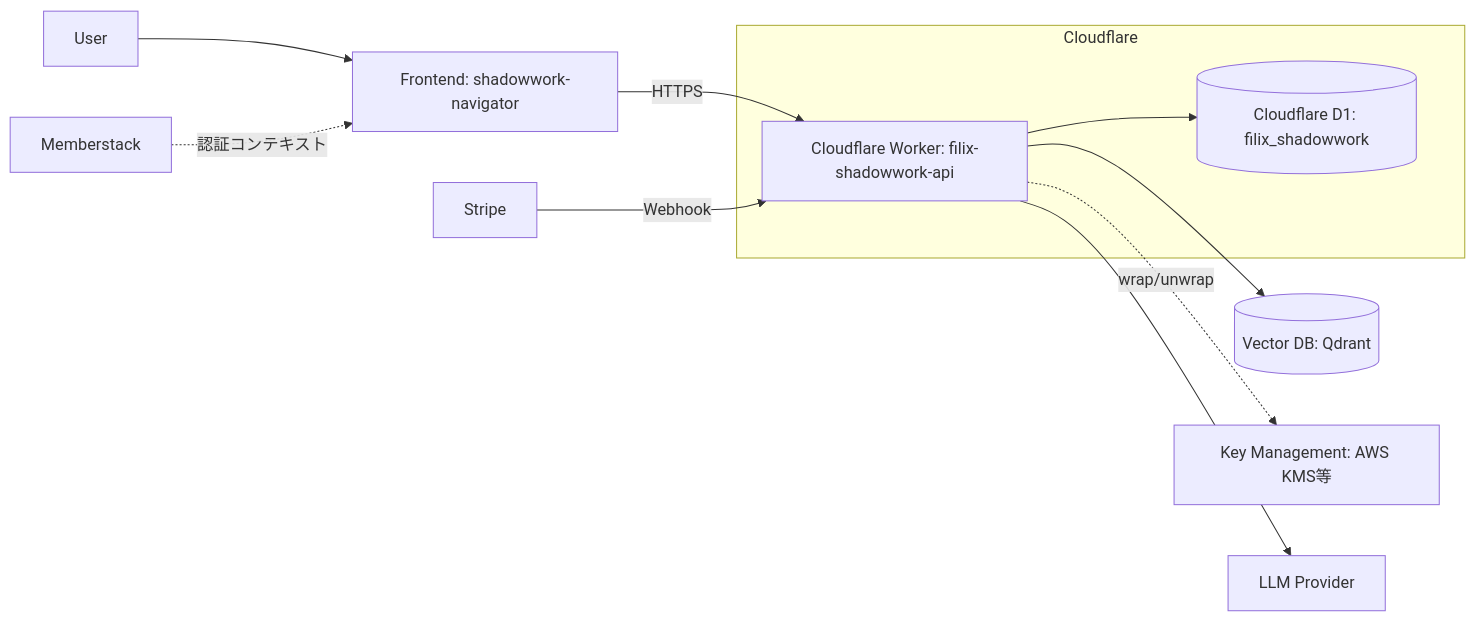
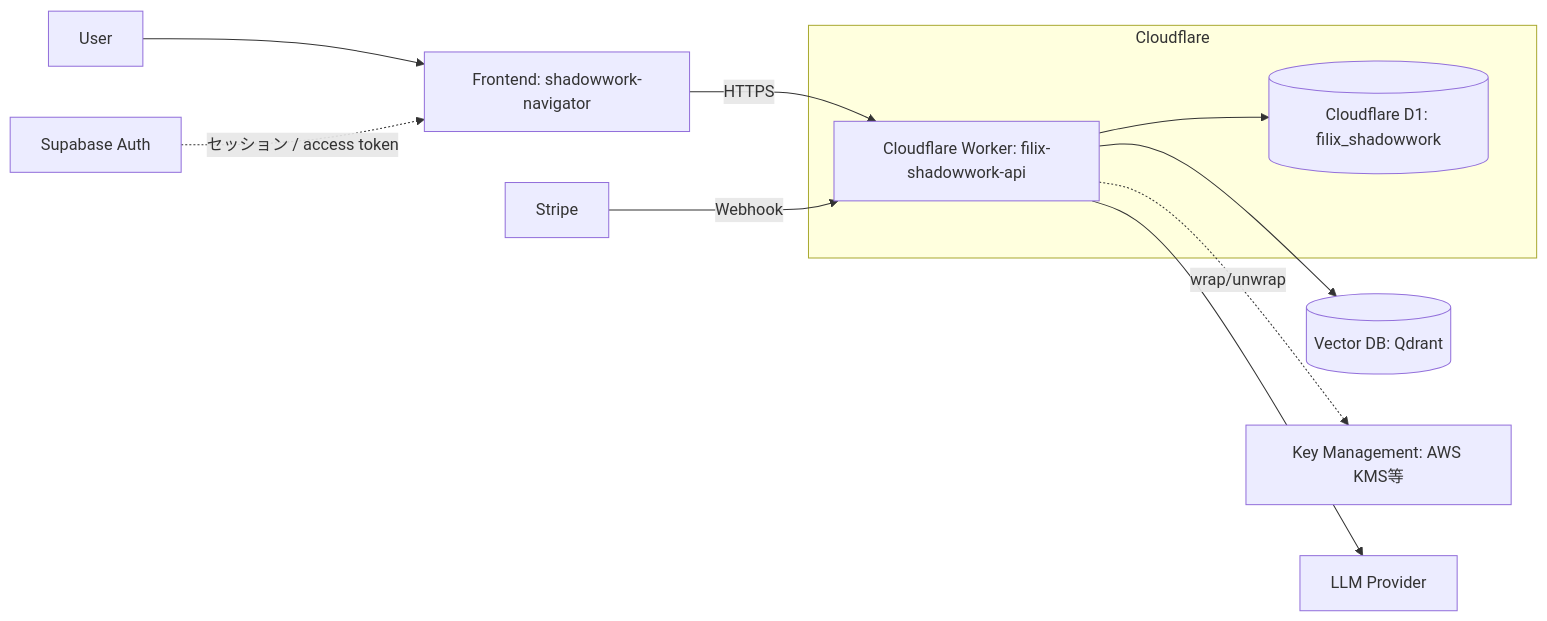
One commit to fractal-filix/shadowwork-navigator changed the first of 2 diagrams in apps/api/documents/基本設計書/10_アーキテクチャ.md. Above: the diagram before and after it, drawn with Mermaid. The commit also changed other lines of this file and 6 other files, not shown here.

````diff
--- a/apps/api/documents/基本設計書/10_アーキテクチャ.md
+++ b/apps/api/documents/基本設計書/10_アーキテクチャ.md
@@ -50,17 +50,17 @@
 ```mermaid
 flowchart LR
   U[User] --> FE[Frontend: shadowwork-navigator]
   FE -->|HTTPS| API[Cloudflare Worker: filix-shadowwork-api]
   API --> D1[(Cloudflare D1: filix_shadowwork)]
   API --> VDB[(Vector DB: Qdrant)]
   API -. wrap/unwrap .-> KMS[Key Management: AWS KMS等]
 
   Stripe[Stripe] -->|Webhook| API
-  MS[Memberstack] -. 認証コンテキスト .-> FE
+  SB[Supabase Auth] -. セッション / access token .-> FE
   API --> LLM[LLM Provider]
 
   subgraph Cloudflare
     API
     D1
   end
 ```
````
